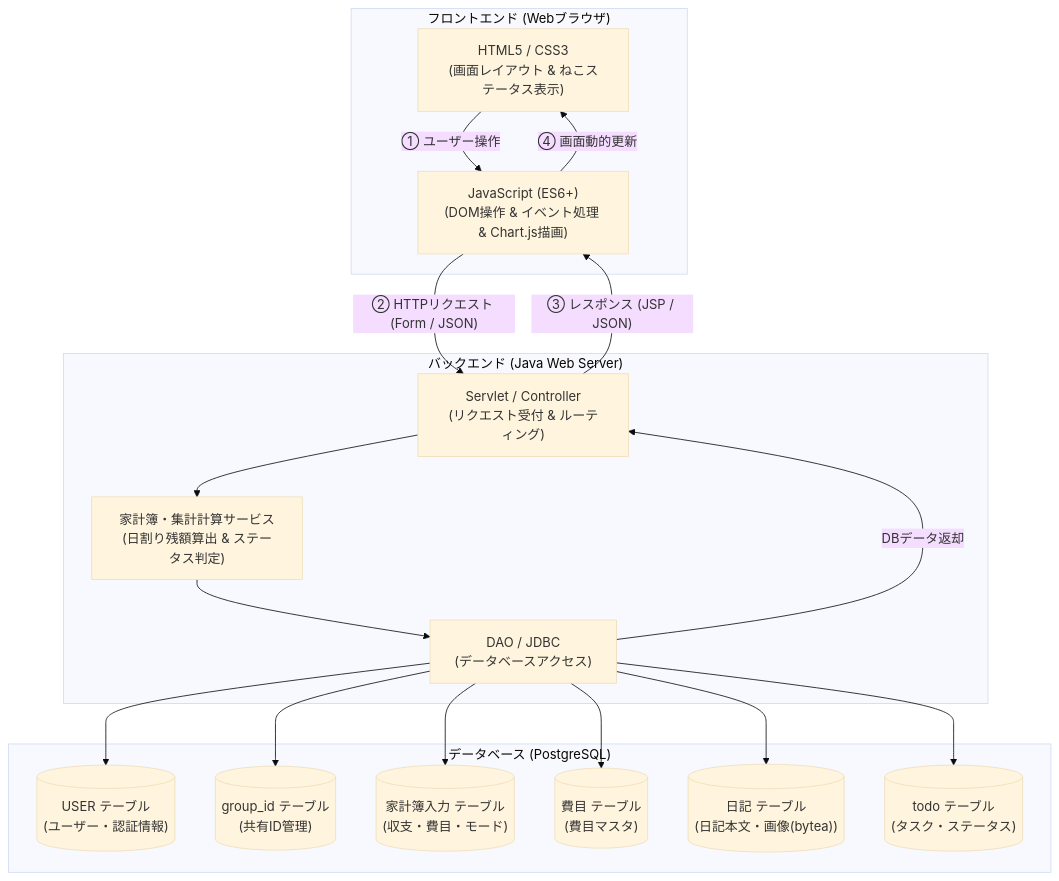
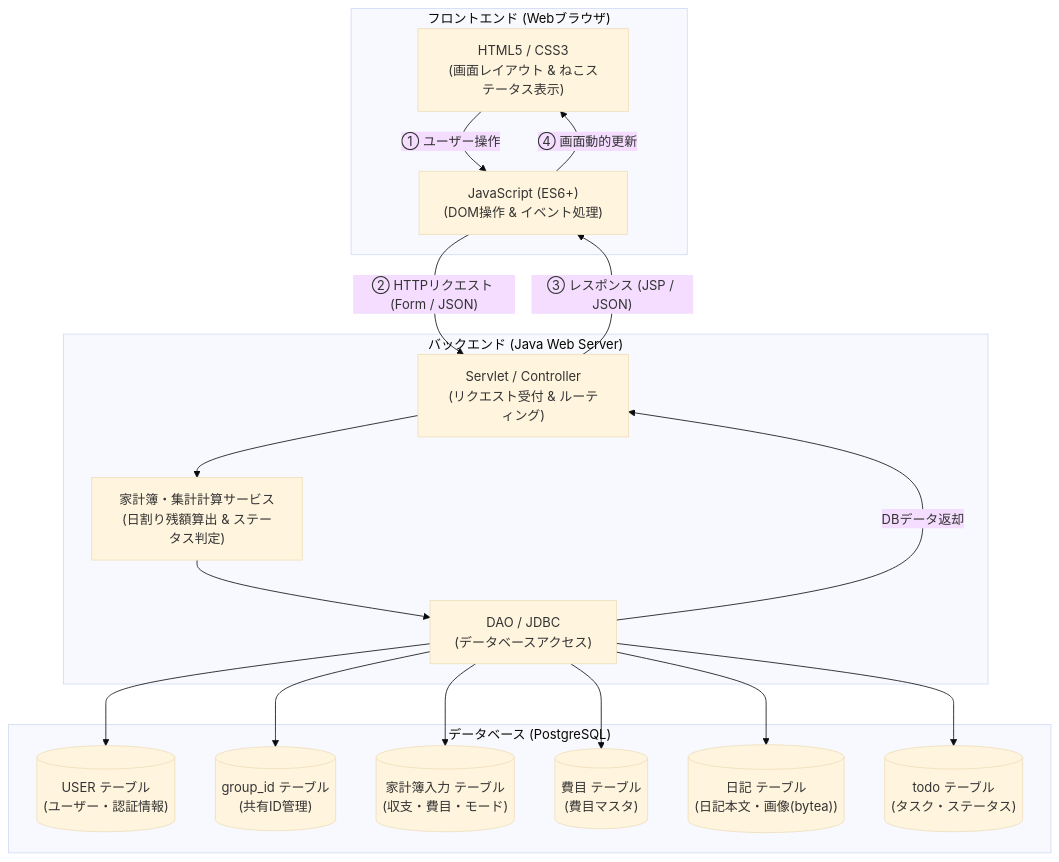
One commit to zhenshizi/project changed the diagram in README.md. Above: the diagram before and after it, drawn with Mermaid (base theme). The commit also changed other lines of this file, not shown here.

````diff
--- a/README.md
+++ b/README.md
@@ -109,36 +109,36 @@
 ```mermaid
 graph TD;
     subgraph Frontend["フロントエンド (Webブラウザ)"]
         UI["HTML5 / CSS3<br/>(画面レイアウト & ねこステータス表示)"]
-        JS["JavaScript (ES6+)<br/>(DOM操作 & イベント処理 & Chart.js描画)"]
+        JS["JavaScript (ES6+)<br/>(DOM操作 & イベント処理)"]
     end
 
     subgraph Backend["バックエンド (Java Web Server)"]
         Controller["Servlet / Controller<br/>(リクエスト受付 & ルーティング)"]
         BudgetService["家計簿・集計計算サービス<br/>(日割り残額算出 & ステータス判定)"]
         DAO["DAO / JDBC<br/>(データベースアクセス)"]
     end
 
     subgraph Database["データベース (PostgreSQL)"]
         DB_User[("USER テーブル<br/>(ユーザー・認証情報)")]
         DB_Group[("group_id テーブル<br/>(共有ID管理)")]
         DB_Kakeibo[("家計簿入力 テーブル<br/>(収支・費目・モード)")]
         DB_Himoku[("費目 テーブル<br/>(費目マスタ)")]
         DB_Diary[("日記 テーブル<br/>(日記本文・画像(bytea))")]
         DB_Todo[("todo テーブル<br/>(タスク・ステータス)")]
     end
 
     UI -->|"① ユーザー操作"| JS
     JS -->|"② HTTPリクエスト (Form / JSON)"| Controller
     Controller --> BudgetService
     BudgetService --> DAO
     DAO --> DB_User
     DAO --> DB_Group
     DAO --> DB_Kakeibo
     DAO --> DB_Himoku
     DAO --> DB_Diary
     DAO --> DB_Todo
     DAO -->|"DBデータ返却"| Controller
     Controller -->|"③ レスポンス (JSP / JSON)"| JS
     JS -->|"④ 画面動的更新"| UI
 ```
````
